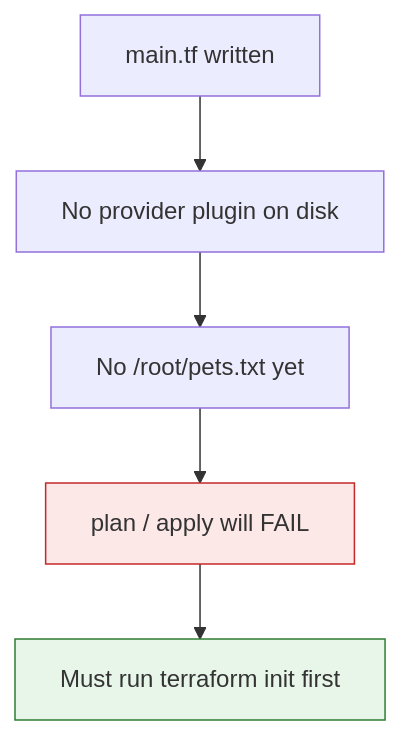
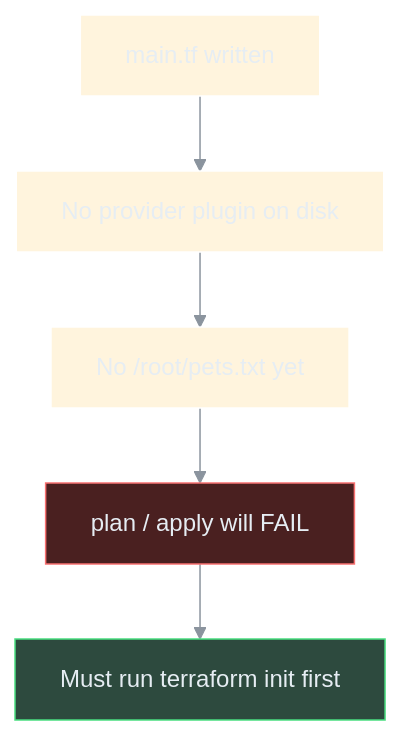
Before and after one commit to nirajp82/Terraform_Basics: the first of 9 diagrams in 04_Core_Terraform_Basics/01_Terraform_Provider.md, drawn with Mermaid. The commit also changed other lines of this file and 1 other file, not shown here.

Commit message:
Update Diagram

````diff
--- a/04_Core_Terraform_Basics/01_Terraform_Provider.md
+++ b/04_Core_Terraform_Basics/01_Terraform_Provider.md
@@ -27,10 +27,13 @@
 ```mermaid
+%%{init: {'theme': 'base', 'themeVariables': {'darkMode': true, 'background': 'transparent', 'primaryTextColor': '#e6edf3', 'lineColor': '#8b949e', 'clusterBkg': '#161b22', 'clusterBorder': '#30363d'}}}%%
 flowchart TD
     A["main.tf written"] --> B["No provider plugin on disk"]
     B --> C["No /root/pets.txt yet"]
     C --> D["plan / apply will FAIL"]
     D --> E["Must run terraform init first"]
 
-    style D fill:#fde8e8,stroke:#c62828
-    style E fill:#e8f5e9,stroke:#2e7d32
+    classDef error fill:#4a2020,stroke:#f87171,color:#e6edf3
+    classDef success fill:#2d4a3e,stroke:#4ade80,color:#e6edf3
+    class D error
+    class E success
 ```
````
